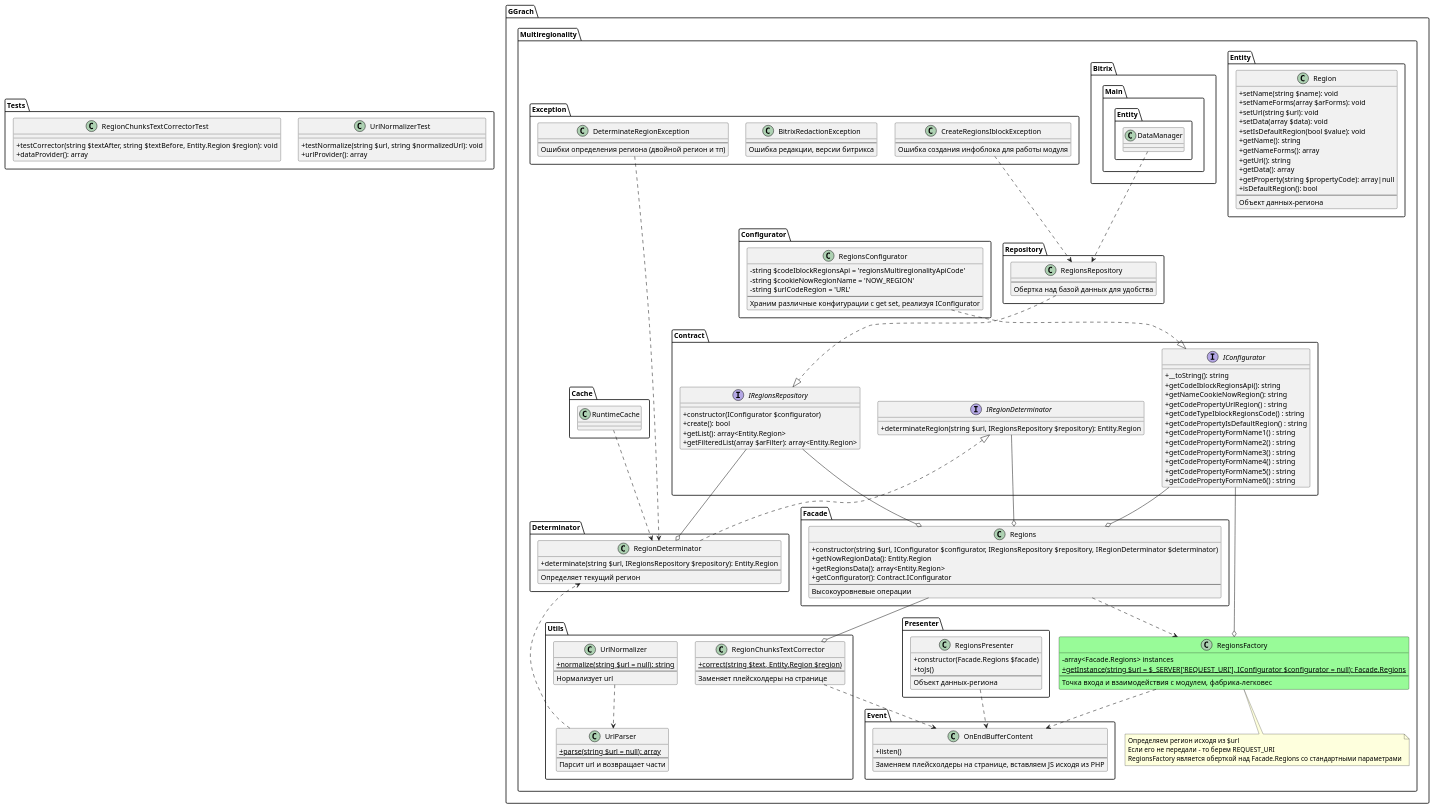
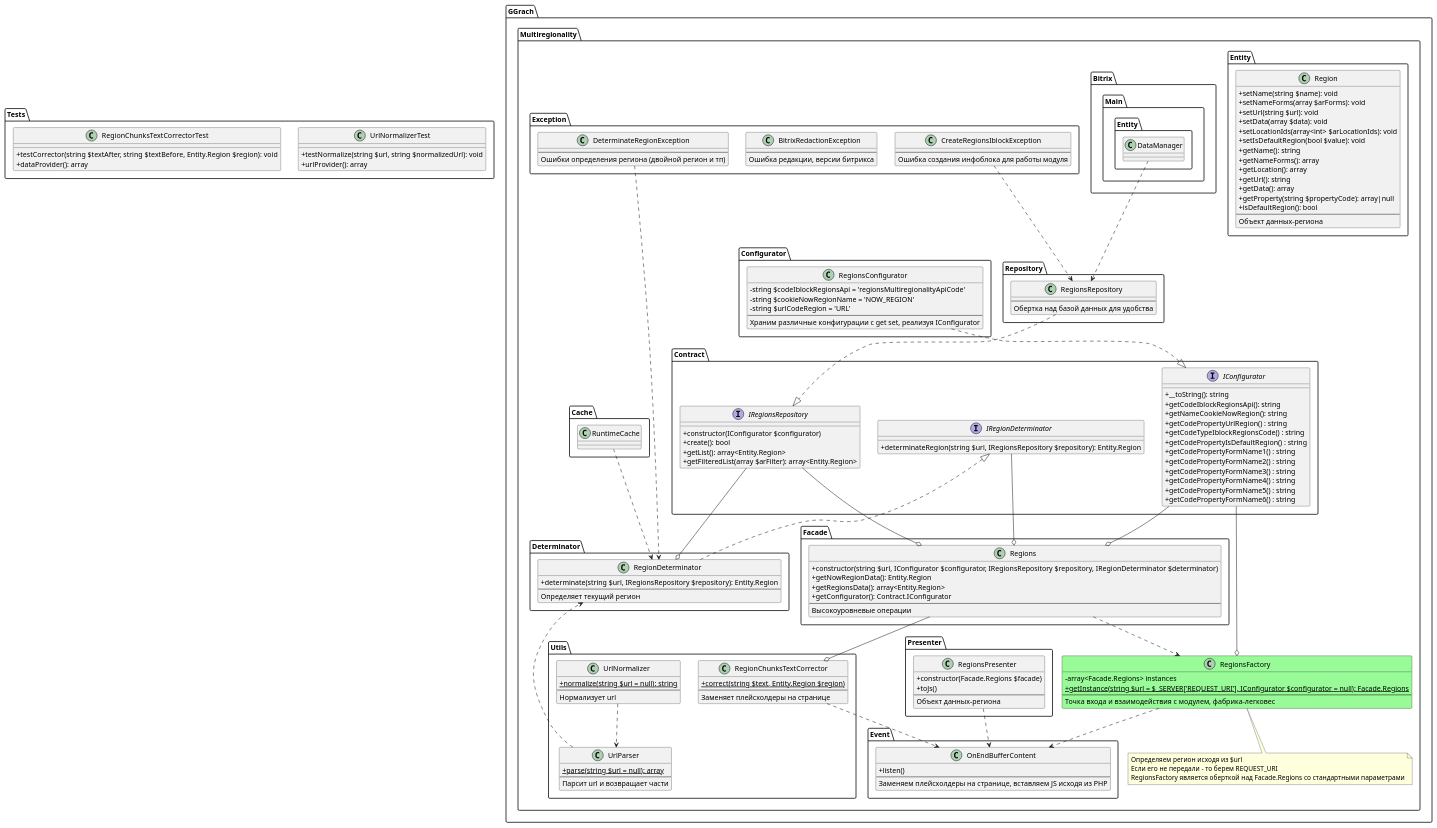
The diagram in ggrachdev.multiregionality/classes/general/Multiregionality/structure.puml (ggrachdev/bitrix_module_multiregionality), drawn with PlantUML before and after one commit. The commit also changed 4 other files, not shown here.

```diff
--- a/ggrachdev.multiregionality/classes/general/Multiregionality/structure.puml
+++ b/ggrachdev.multiregionality/classes/general/Multiregionality/structure.puml
@@ -35,9 +35,11 @@
             + setNameForms(array $arForms): void
             + setUrl(string $url): void
             + setData(array $data): void
+            + setLocationIds(array<int> $arLocationIds): void
             + setIsDefaultRegion(bool $value): void
             + getName(): string
             + getNameForms(): array
+            + getLocation(): array
             + getUrl(): string
             + getData(): array
             + getProperty(string $propertyCode): array|null
```
